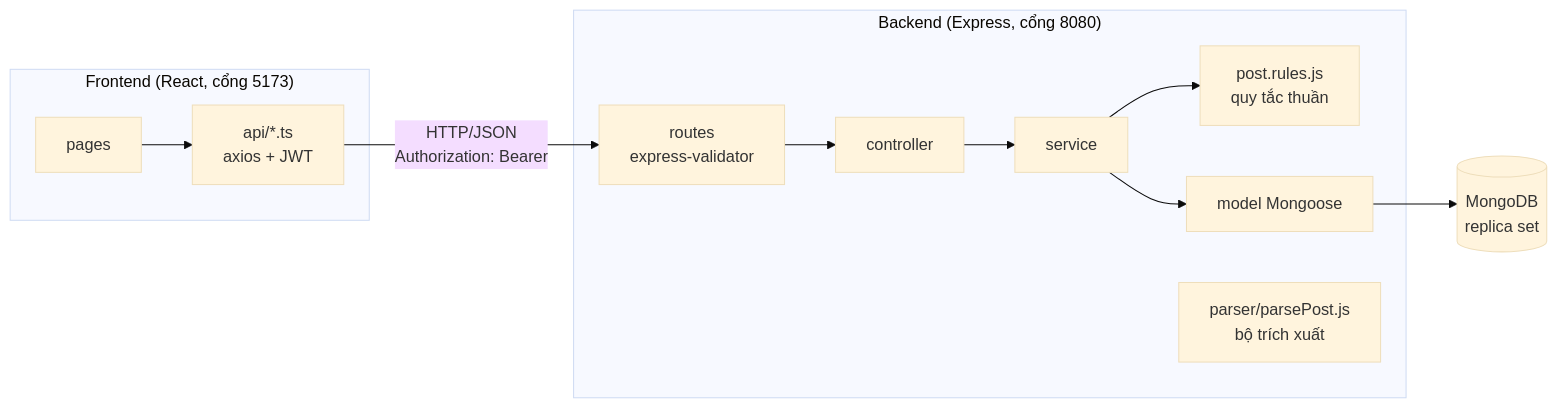
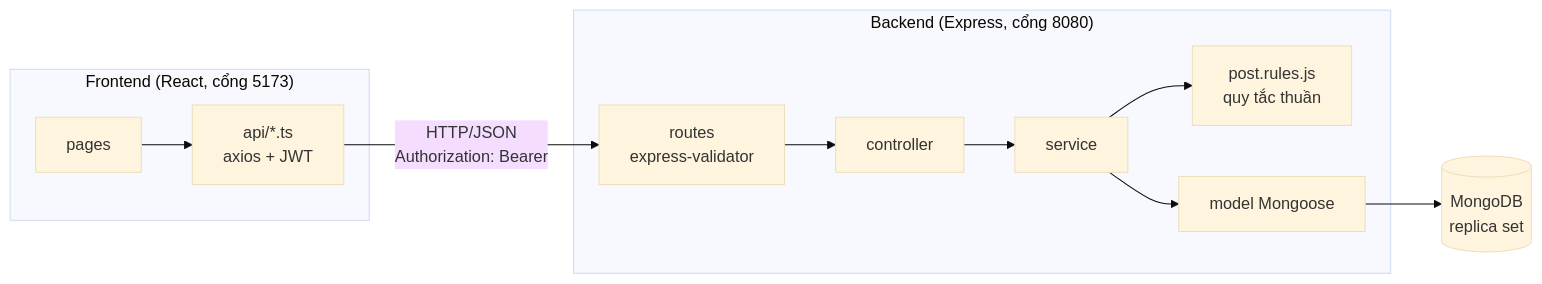
One commit to DucManh300905/Badminton-Matching changed the first of 2 diagrams in docs/project.md. Above: the diagram before and after it, drawn with Mermaid (base theme). The commit also changed other lines of this file and 48 other files, not shown here.

````diff
--- a/docs/project.md
+++ b/docs/project.md
@@ -34,16 +34,15 @@
 ```mermaid
 flowchart LR
     subgraph FE["Frontend (React, cổng 5173)"]
         P[pages] --> A[api/*.ts<br/>axios + JWT]
     end
     A -- "HTTP/JSON<br/>Authorization: Bearer" --> R
 
     subgraph BE["Backend (Express, cổng 8080)"]
         R[routes<br/>express-validator] --> C[controller]
         C --> S[service]
         S --> RU[post.rules.js<br/>quy tắc thuần]
         S --> M[model Mongoose]
-        PR[parser/parsePost.js<br/>bộ trích xuất]
     end
     M --> DB[(MongoDB<br/>replica set)]
 ```
````
